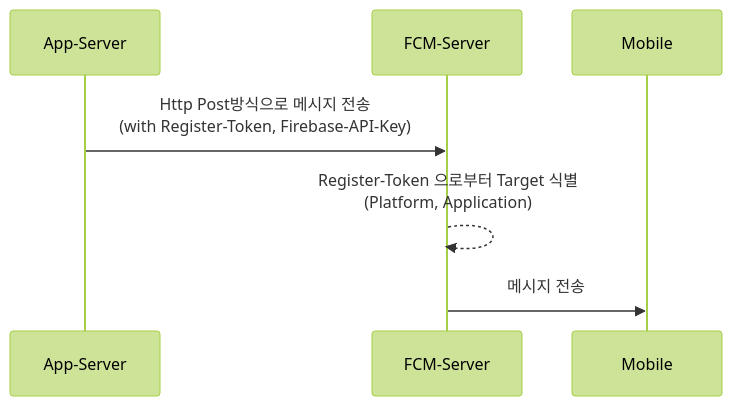
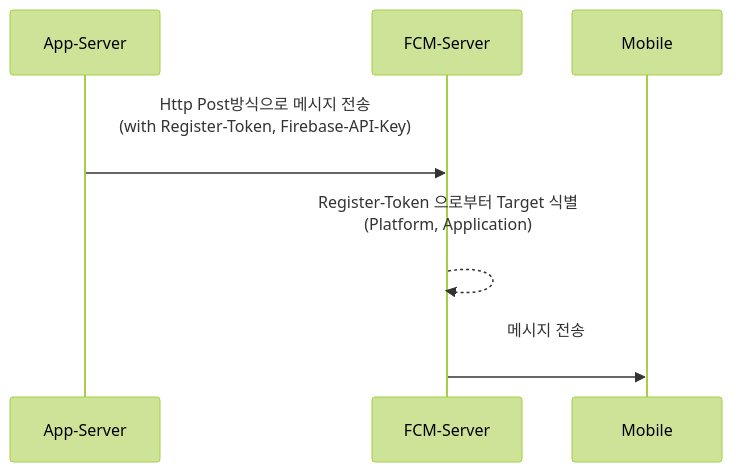
The second of 2 diagrams in _posts/dev/push/2021-05-19-dev-push-fcm-개요.md (JiminiDaddy/JiminiDaddy.github.io), drawn with Mermaid (forest theme) before and after one commit. The commit also changed other lines of this file, not shown here.

Commit message:
docs: mermaid contents 개행 추가

```diff
--- a/_posts/dev/push/2021-05-19-dev-push-fcm-개요.md
+++ b/_posts/dev/push/2021-05-19-dev-push-fcm-개요.md
@@ -51,6 +51,6 @@
 <div class="mermaid"> 
 sequenceDiagram;
-    App-Server ->> FCM-Server: Http Post방식으로 메시지 전송<br/>(with Register-Token, Firebase-API-Key)  
-    FCM-Server -->> FCM-Server: Register-Token 으로부터 Target 식별<br/>(Platform, Application)  
-    FCM-Server ->> Mobile: 메시지 전송  
+    App-Server ->> FCM-Server: Http Post방식으로 메시지 전송<br/>(with Register-Token, Firebase-API-Key)<br>
+    FCM-Server -->> FCM-Server: Register-Token 으로부터 Target 식별<br/>(Platform, Application)<br>  
+    FCM-Server ->> Mobile: 메시지 전송<br>
 </div>  
```
